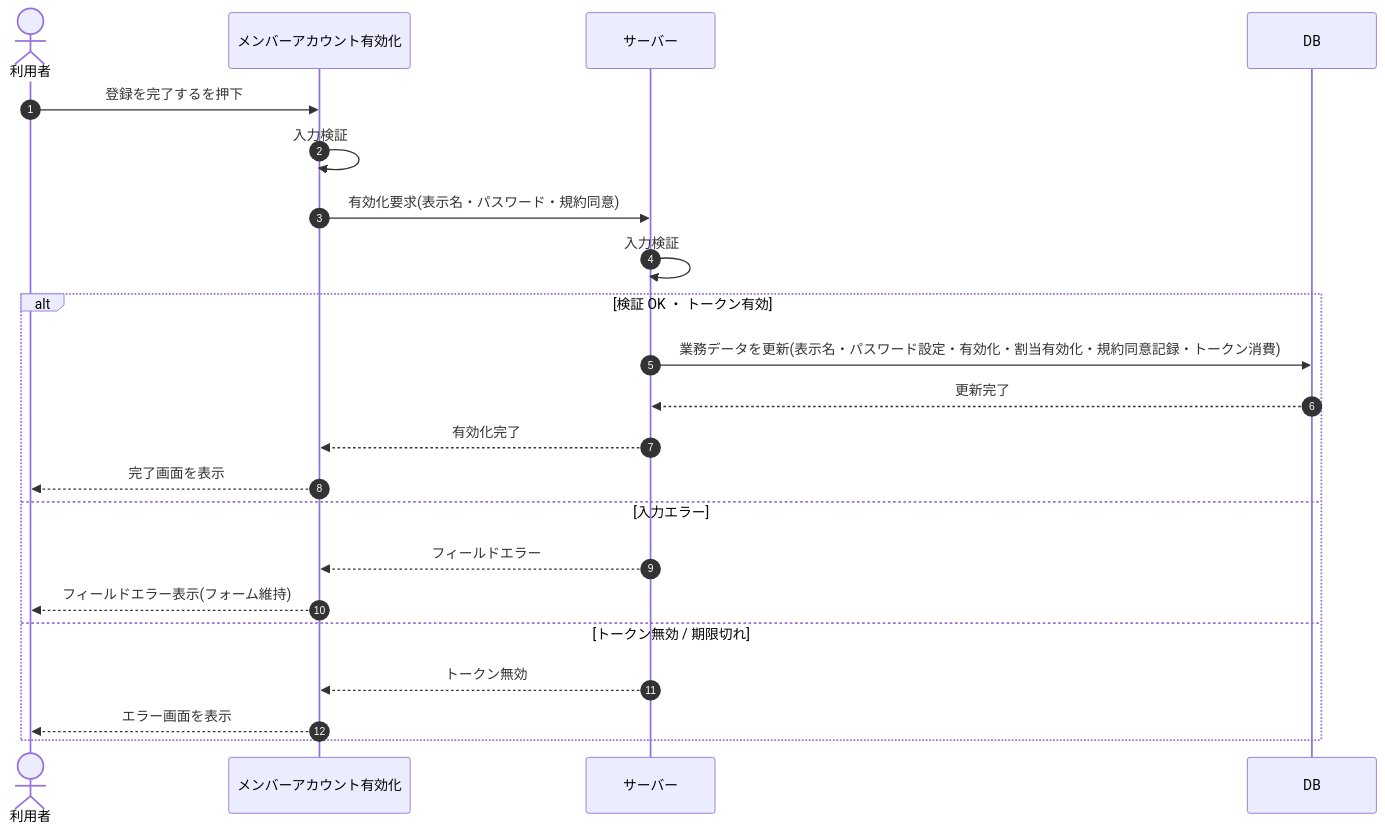
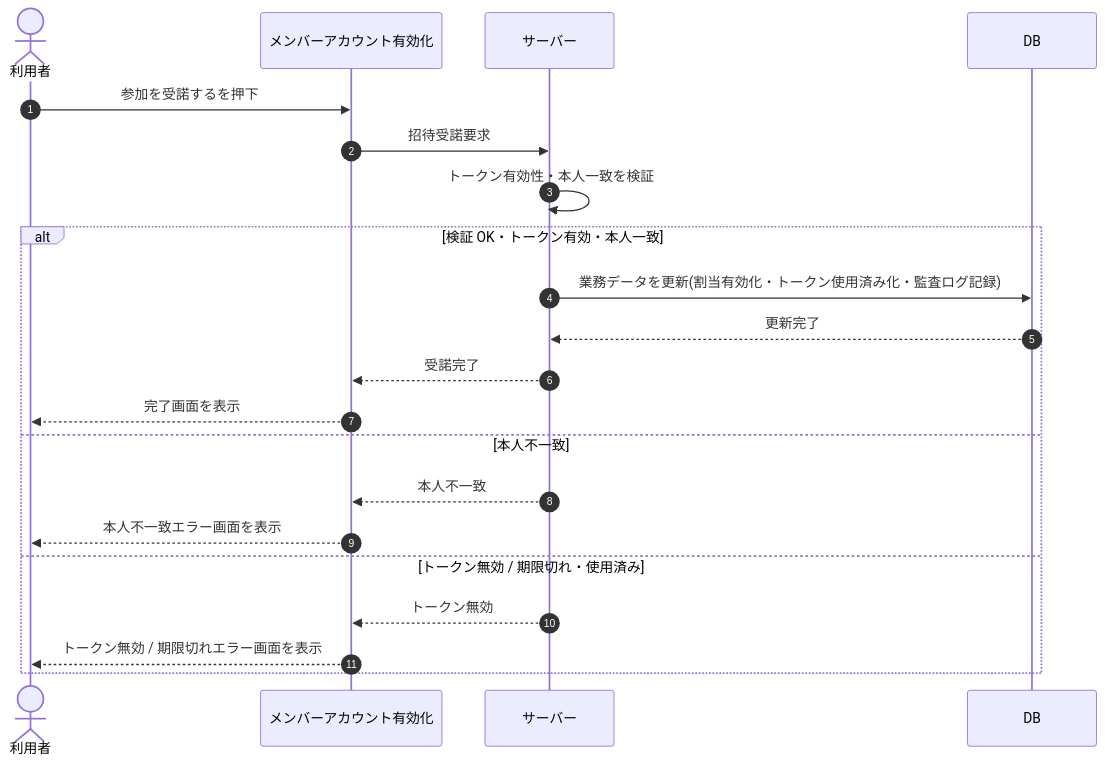
One commit to sikakou54/open-faq changed the diagram in 02_basic_design/03_sequences/SEQ-073.md. Above: the diagram before and after it, drawn with Mermaid. The commit also changed other lines of this file and 21 other files, not shown here.

````diff
--- a/02_basic_design/03_sequences/SEQ-073.md
+++ b/02_basic_design/03_sequences/SEQ-073.md
@@ -15,24 +15,23 @@
 ```mermaid
 sequenceDiagram
   autonumber
   actor U as 利用者
   participant Screen as メンバーアカウント有効化
   participant Server as サーバー
   participant DB as DB
-  U->>Screen: 登録を完了するを押下
-  Screen->>Screen: 入力検証
-  Screen->>Server: 有効化要求(表示名・パスワード・規約同意)
-  Server->>Server: 入力検証
-  alt 検証 OK ・ トークン有効
-    Server->>DB: 業務データを更新(表示名・パスワード設定・有効化・割当有効化・規約同意記録・トークン消費)
+  U->>Screen: 参加を受諾するを押下
+  Screen->>Server: 招待受諾要求
+  Server->>Server: トークン有効性・本人一致を検証
+  alt 検証 OK・トークン有効・本人一致
+    Server->>DB: 業務データを更新(割当有効化・トークン使用済み化・監査ログ記録)
     DB-->>Server: 更新完了
-    Server-->>Screen: 有効化完了
+    Server-->>Screen: 受諾完了
     Screen-->>U: 完了画面を表示
-  else 入力エラー
-    Server-->>Screen: フィールドエラー
-    Screen-->>U: フィールドエラー表示(フォーム維持)
-  else トークン無効 / 期限切れ
+  else 本人不一致
+    Server-->>Screen: 本人不一致
+    Screen-->>U: 本人不一致エラー画面を表示
+  else トークン無効 / 期限切れ・使用済み
     Server-->>Screen: トークン無効
-    Screen-->>U: エラー画面を表示
+    Screen-->>U: トークン無効 / 期限切れエラー画面を表示
   end
 ```
````
